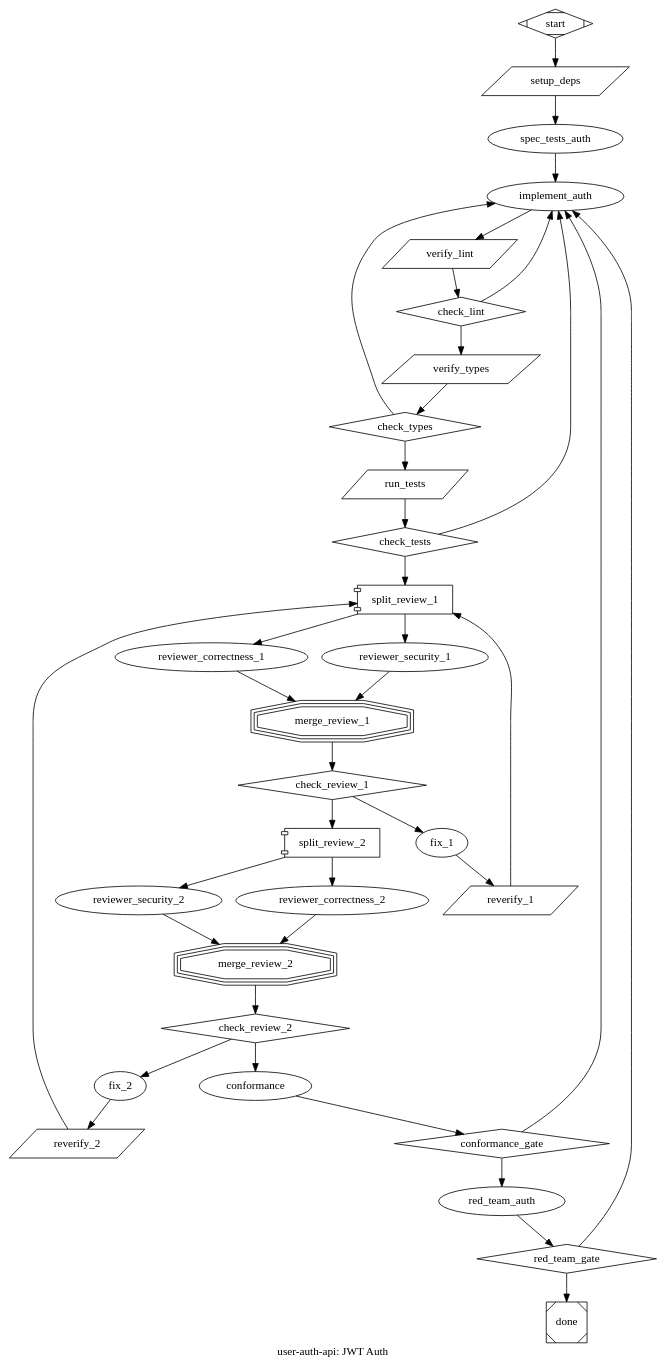
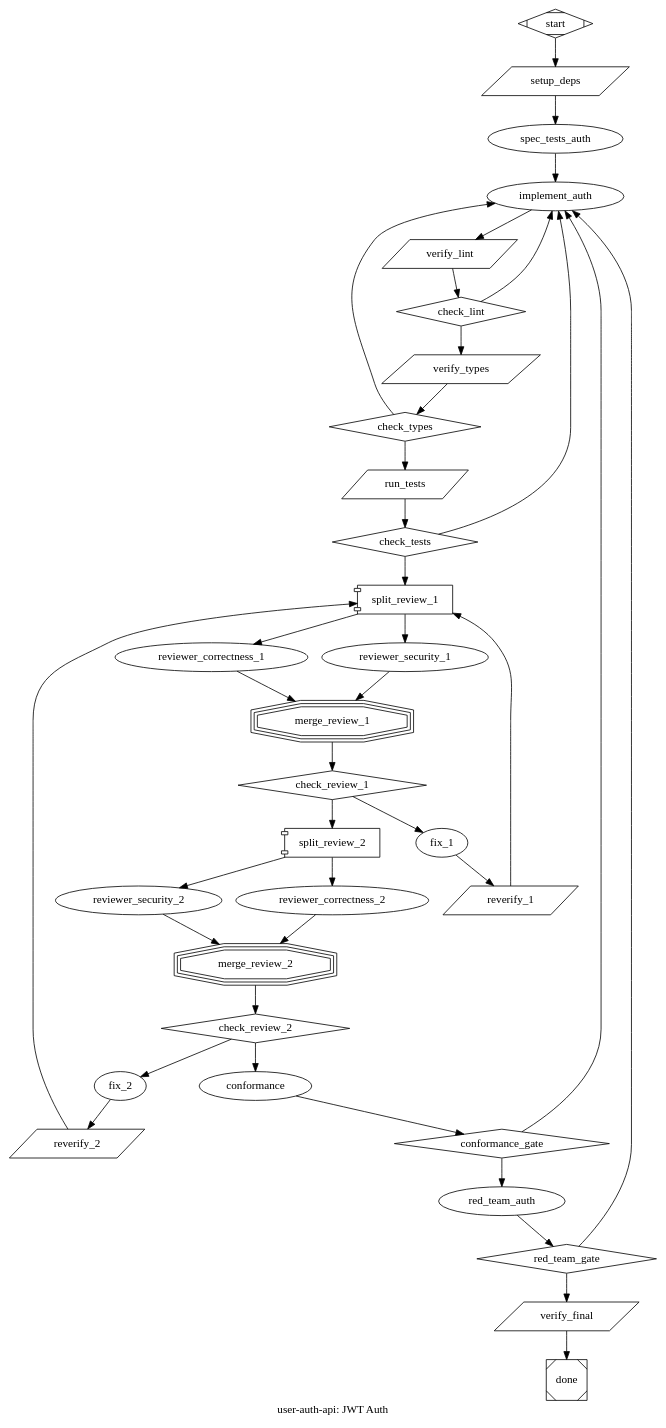
The fourth of 4 diagrams in .claude/commands/pickle-dot.md (aidesigner/pickle-rick-claude), drawn with Graphviz before and after one commit. The commit also changed other lines of this file and 1 other file, not shown here.

First line of the commit message:
feat: add context_on_success to pickle-dot verification nodes

````diff
--- a/.claude/commands/pickle-dot.md
+++ b/.claude/commands/pickle-dot.md
@@ -582,6 +594,12 @@
     red_team_auth [class="review", prompt="Adversarial audit of JWT auth: attempt to break it. Try: 1) Token forgery with wrong secret. 2) Expired token replay. 3) Refresh token reuse after rotation. 4) SQL/NoSQL injection in login credentials. 5) Timing attacks on password comparison. 6) JWT algorithm confusion (none/HS256 swap). Write reproducing test cases for any issues found. Output PASS or FAIL.", goal_gate=true, retry_target="implement_auth"]
     red_team_gate [shape=diamond]
 
+    // Final verification — sets acceptance_criteria context keys via context_on_success
+    verify_final [shape=parallelogram,
+        tool_command="cd ${WORKING_DIR} && npm run lint 2>&1 && npx tsc --noEmit 2>&1 && npm test 2>&1",
+        goal_gate=true, retry_target="implement_auth", max_visits=3,
+        context_on_success="tests_pass=true,lint_status=passing,typecheck_status=passing"]
+
     done [shape=Msquare]
 
     // Edges — spec_tests BEFORE impl, red_team AFTER conformance
@@ -615,7 +633,8 @@
     conformance_gate -> red_team_auth [condition="outcome=success", weight=2]
     conformance_gate -> implement_auth [condition="outcome=fail"]
     red_team_auth -> red_team_gate
-    red_team_gate -> done [condition="outcome=success", weight=2]
+    red_team_gate -> verify_final [condition="outcome=success", weight=2]
     red_team_gate -> implement_auth [condition="outcome=fail"]
+    verify_final -> done
 }
 ```
````
